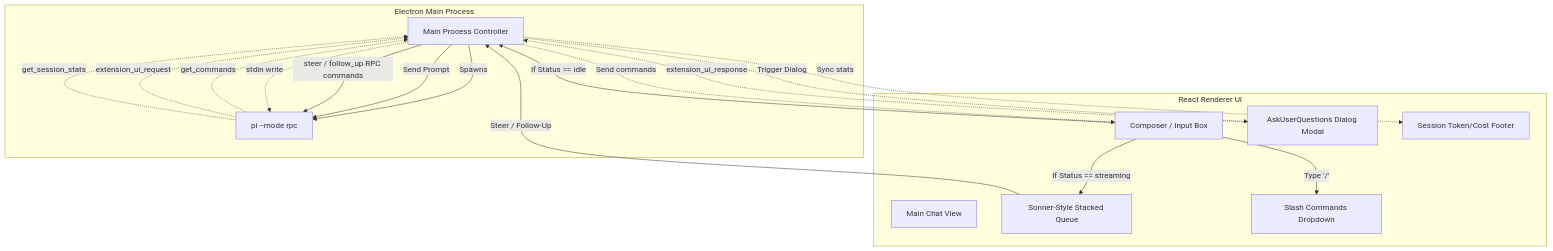
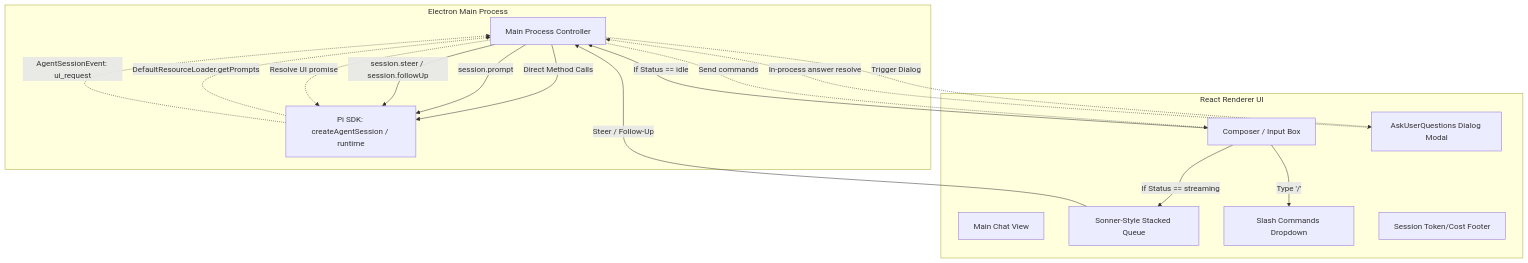
Before and after one commit to maker-or/omni: the diagram in poln.md, drawn with Mermaid. The commit also changed other lines of this file and 28 other files, not shown here.

````diff
--- a/poln.md
+++ b/poln.md
@@ -20,26 +20,26 @@
 ```mermaid
 graph TD
     subgraph Electron Main Process
         Main[Main Process Controller]
-        Main -->|Spawns| RPC[pi --mode rpc]
+        SDK[Pi SDK: createAgentSession / runtime]
+        Main -->|Direct Method Calls| SDK
     end
-    
+
     subgraph React Renderer UI
         AppUI[Main Chat View]
         QueueUI[Sonner-Style Stacked Queue]
         Composer[Composer / Input Box]
         CommandPopover[Slash Commands Dropdown]
         DialogModal[AskUserQuestions Dialog Modal]
         StatsFooter[Session Token/Cost Footer]
     end
-    
+
     Composer -->|Type '/'| CommandPopover
     Composer -->|If Status == streaming| QueueUI
-    Composer -->|If Status == idle| Main -->|Send Prompt| RPC
-    QueueUI -->|Steer / Follow-Up| Main -->|steer / follow_up RPC commands| RPC
-    
-    RPC -.->|get_commands| Main -.->|Send commands| Composer
-    RPC -.->|extension_ui_request| Main -.->|Trigger Dialog| DialogModal
-    DialogModal -.->|extension_ui_response| Main -.->|stdin write| RPC
-    RPC -.->|get_session_stats| Main -.->|Sync stats| StatsFooter
+    Composer -->|If Status == idle| Main -->|session.prompt| SDK
+    QueueUI -->|Steer / Follow-Up| Main -->|session.steer / session.followUp| SDK
+
+    SDK -.->|DefaultResourceLoader.getPrompts| Main -.->|Send commands| Composer
+    SDK -.->|AgentSessionEvent: ui_request| Main -.->|Trigger Dialog| DialogModal
+    DialogModal -.->|In-process answer resolve| Main -.->|Resolve UI promise| SDK
 ```
````
